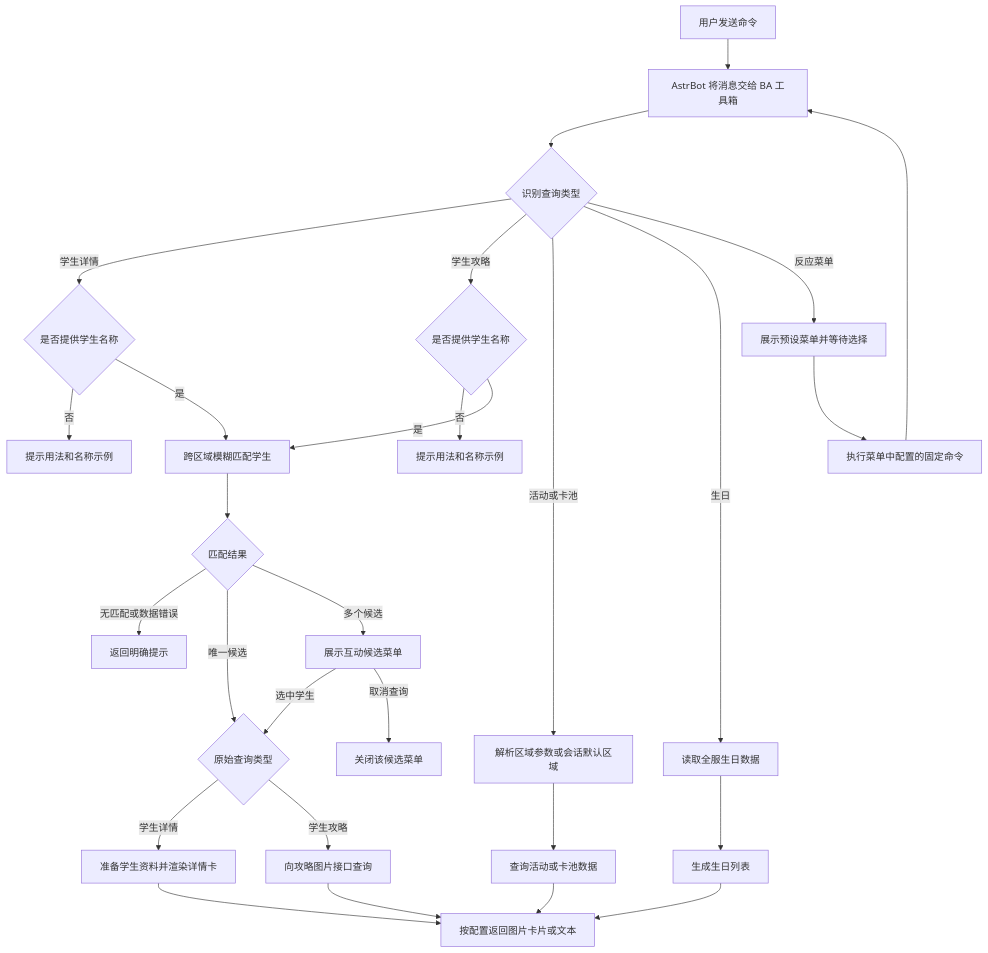
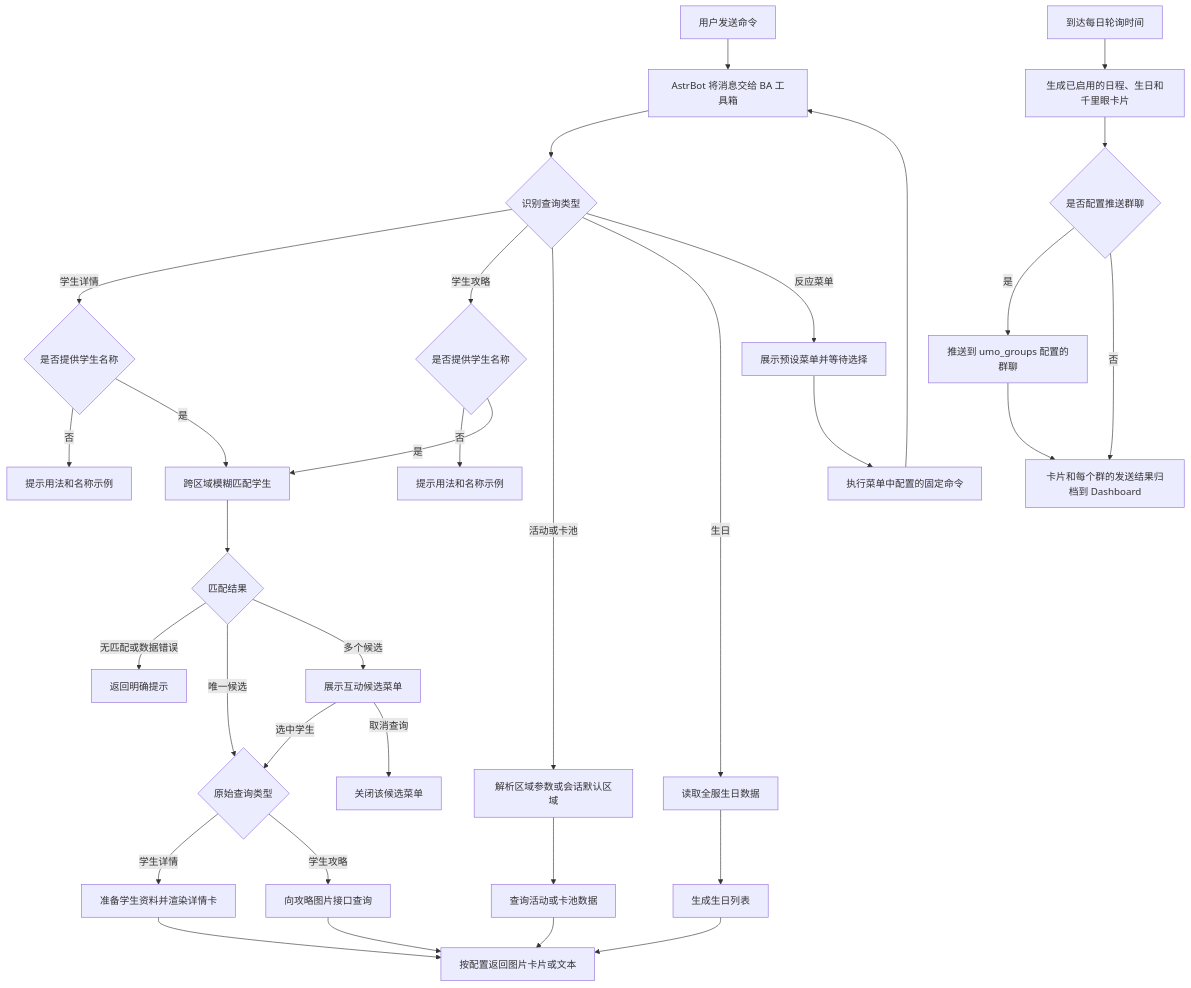
The diagram in README.md (DearCrazyLeaf/astrbot_plugin_bluearchive_toolbox), drawn with Mermaid before and after one commit. The commit also changed other lines of this file, not shown here.

````diff
--- a/README.md
+++ b/README.md
@@ -75,35 +79,41 @@
 ```mermaid
 flowchart TD
     U[用户发送命令] --> R[AstrBot 将消息交给 BA 工具箱]
     R --> T{识别查询类型}
 
     T -->|学生详情| S{是否提供学生名称}
     T -->|学生攻略| G{是否提供学生名称}
     T -->|活动或卡池| A[解析区域参数或会话默认区域]
     T -->|生日| B[读取全服生日数据]
     T -->|反应菜单| M[展示预设菜单并等待选择]
 
     S -->|否| P1[提示用法和名称示例]
     S -->|是| F[跨区域模糊匹配学生]
     G -->|否| P2[提示用法和名称示例]
     G -->|是| F
 
     F --> Z{匹配结果}
     Z -->|无匹配或数据错误| E[返回明确提示]
     Z -->|唯一候选| Q{原始查询类型}
     Z -->|多个候选| C[展示互动候选菜单]
     C -->|选中学生| Q
     C -->|取消查询| X[关闭该候选菜单]
 
     Q -->|学生详情| D[准备学生资料并渲染详情卡]
     Q -->|学生攻略| I[向攻略图片接口查询]
     A --> H[查询活动或卡池数据]
     B --> J[生成生日列表]
 
     D --> O[按配置返回图片卡片或文本]
     I --> O
     H --> O
     J --> O
     M --> K[执行菜单中配置的固定命令]
     K --> R
+
+    P[到达每日轮询时间] --> C2[生成已启用的日程、生日和千里眼卡片]
+    C2 --> D2{是否配置推送群聊}
+    D2 -->|是| S2[推送到 umo_groups 配置的群聊]
+    D2 -->|否| A2[卡片归档到 Dashboard]
+    S2 --> A2[卡片和每个群的发送结果归档到 Dashboard]
 ```
````
